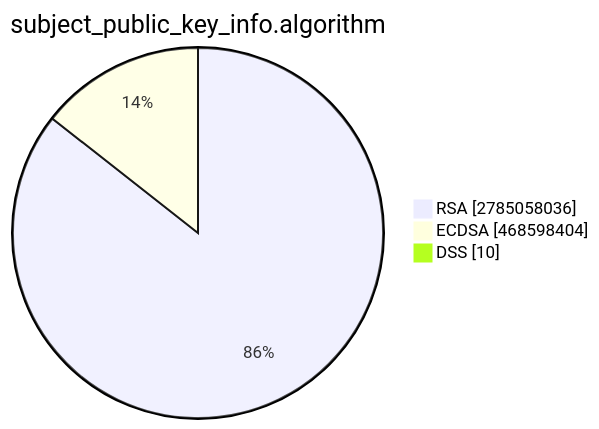
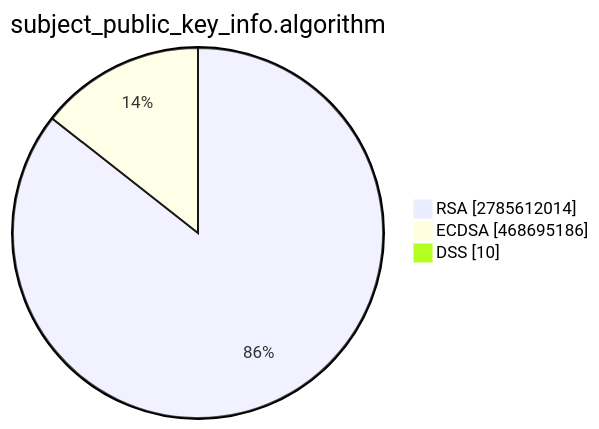
One commit to christiankrug/ctmonitor_visualization changed the second of 15 diagrams in TOTAL/README.md. Above: the diagram before and after it, drawn with Mermaid. The commit also changed other lines of this file, not shown here.

````diff
--- a/TOTAL/README.md
+++ b/TOTAL/README.md
@@ -6,7 +6,7 @@
 ```mermaid
 pie showData
 title subject_public_key_info.algorithm
-"RSA" :2785058036
-"ECDSA" :468598404
+"RSA" :2785612014
+"ECDSA" :468695186
 "DSS" :10
 ```
````
